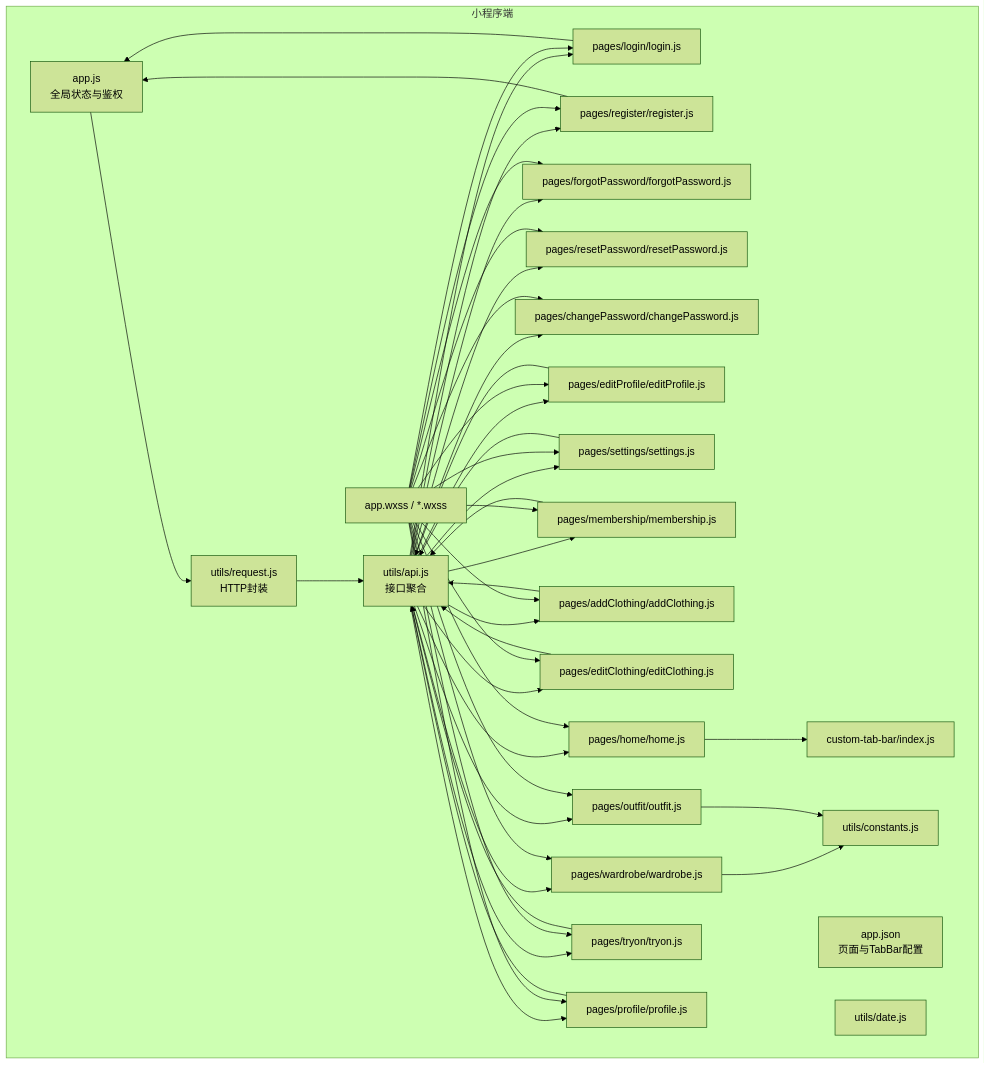
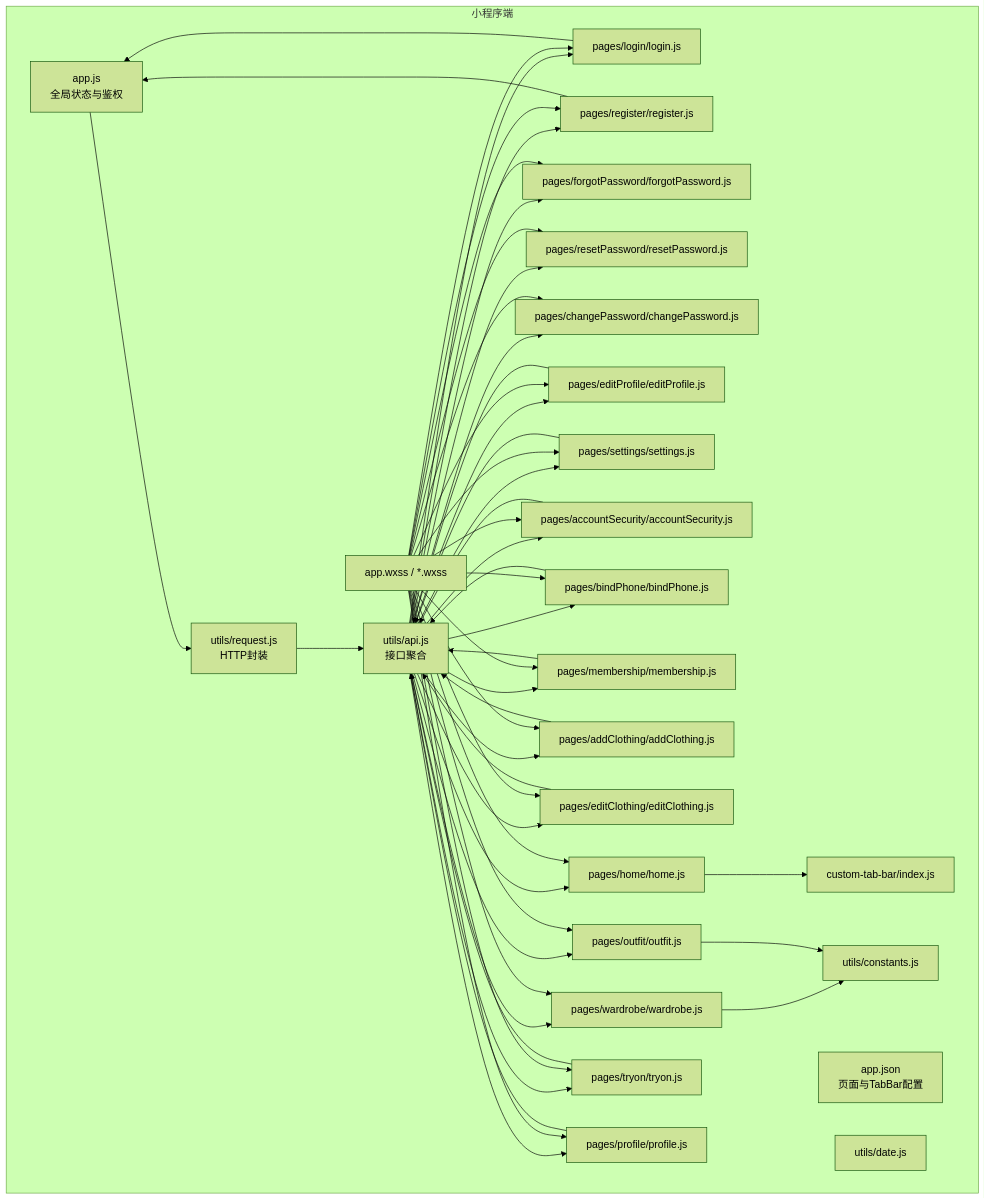
Before and after one commit to lsqwawa/free-dress: the first of 13 diagrams in .qoder/repowiki/zh/content/微信小程序开发/微信小程序开发.md, drawn with Mermaid (forest theme). The commit also changed other lines of this file and 71 other files, not shown here.

````diff
--- a/.qoder/repowiki/zh/content/微信小程序开发/微信小程序开发.md
+++ b/.qoder/repowiki/zh/content/微信小程序开发/微信小程序开发.md
@@ -103,72 +115,80 @@
 ```mermaid
 graph TB
 subgraph "小程序端"
 APPJS["app.js<br/>全局状态与鉴权"]
 APPJSON["app.json<br/>页面与TabBar配置"]
 REQ["utils/request.js<br/>HTTP封装"]
 API["utils/api.js<br/>接口聚合"]
 LOGIN["pages/login/login.js"]
 REGISTER["pages/register/register.js"]
 FORGOT["pages/forgotPassword/forgotPassword.js"]
 RESET["pages/resetPassword/resetPassword.js"]
 CHANGE["pages/changePassword/changePassword.js"]
 EDITPROFILE["pages/editProfile/editProfile.js"]
 SETTINGS["pages/settings/settings.js"]
+ACCOUNTSECURITY["pages/accountSecurity/accountSecurity.js"]
+BINDPHONE["pages/bindPhone/bindPhone.js"]
 MEMBERSHIP["pages/membership/membership.js"]
 ADD["pages/addClothing/addClothing.js"]
 EDIT["pages/editClothing/editClothing.js"]
 HOME["pages/home/home.js"]
 WARDROBE["pages/wardrobe/wardrobe.js"]
 OUTFIT["pages/outfit/outfit.js"]
 TRYON["pages/tryon/tryon.js"]
 PROFILE["pages/profile/profile.js"]
 TABBAR["custom-tab-bar/index.js"]
 CONST["utils/constants.js"]
 DATE["utils/date.js"]
 WXSS["app.wxss / *.wxss"]
 end
 APPJS --> REQ
 REQ --> API
 API --> LOGIN
 API --> REGISTER
 API --> FORGOT
 API --> RESET
 API --> CHANGE
 API --> EDITPROFILE
 API --> SETTINGS
+API --> ACCOUNTSECURITY
+API --> BINDPHONE
 API --> MEMBERSHIP
 API --> ADD
 API --> EDIT
 API --> HOME
 API --> WARDROBE
 API --> OUTFIT
 API --> TRYON
 API --> PROFILE
 LOGIN --> APPJS
 REGISTER --> APPJS
+ACCOUNTSECURITY --> API
+BINDPHONE --> API
 MEMBERSHIP --> API
 EDITPROFILE --> API
 SETTINGS --> API
 ADD --> API
 EDIT --> API
 HOME --> TABBAR
 WARDROBE --> CONST
 OUTFIT --> CONST
 TRYON --> API
 PROFILE --> API
 WXSS --> HOME
 WXSS --> LOGIN
 WXSS --> REGISTER
 WXSS --> FORGOT
 WXSS --> RESET
 WXSS --> CHANGE
 WXSS --> EDITPROFILE
 WXSS --> SETTINGS
+WXSS --> ACCOUNTSECURITY
+WXSS --> BINDPHONE
 WXSS --> MEMBERSHIP
 WXSS --> ADD
 WXSS --> EDIT
 WXSS --> WARDROBE
 WXSS --> OUTFIT
 WXSS --> TRYON
 WXSS --> PROFILE
 ```
````
